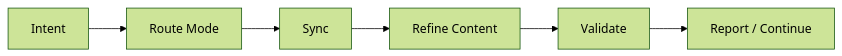
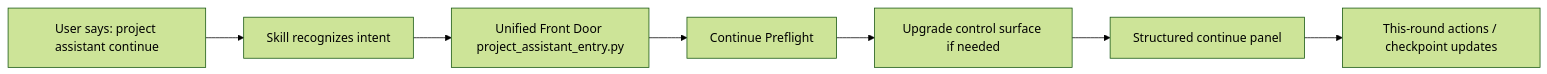
The second of 2 diagrams in docs/architecture.md (redcreen/project-assistant), drawn with Mermaid (forest theme) before and after one commit. The commit also changed other lines of this file and 40 other files, not shown here.

````diff
--- a/docs/architecture.md
+++ b/docs/architecture.md
@@ -34,8 +76,9 @@
 ```mermaid
 flowchart LR
-    A["Intent"] --> B["Route Mode"]
-    B --> C["Sync"]
-    C --> D["Refine Content"]
-    D --> E["Validate"]
-    E --> F["Report / Continue"]
+    A["User says: project assistant continue"] --> B["Skill recognizes intent"]
+    B --> C["Unified Front Door project_assistant_entry.py"]
+    C --> D["Continue Preflight"]
+    D --> E["Upgrade control surface if needed"]
+    E --> F["Structured continue panel"]
+    F --> G["This-round actions / checkpoint updates"]
 ```
````
